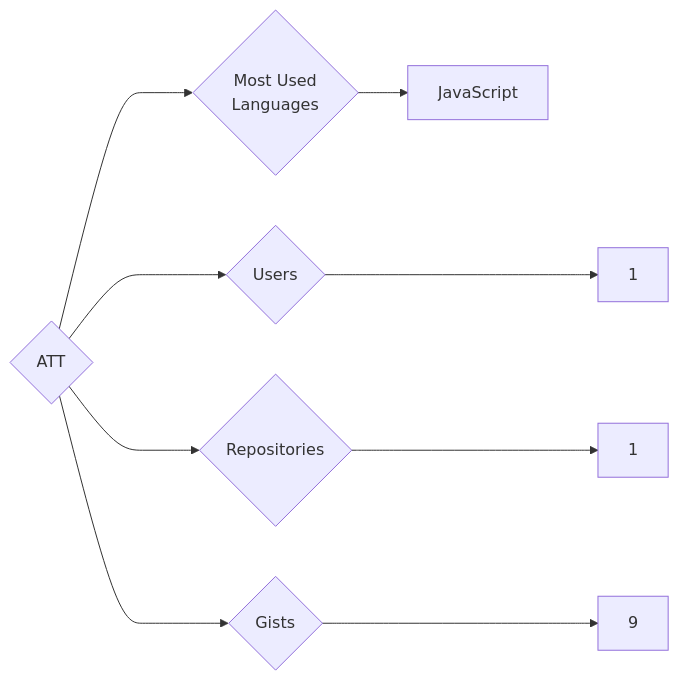
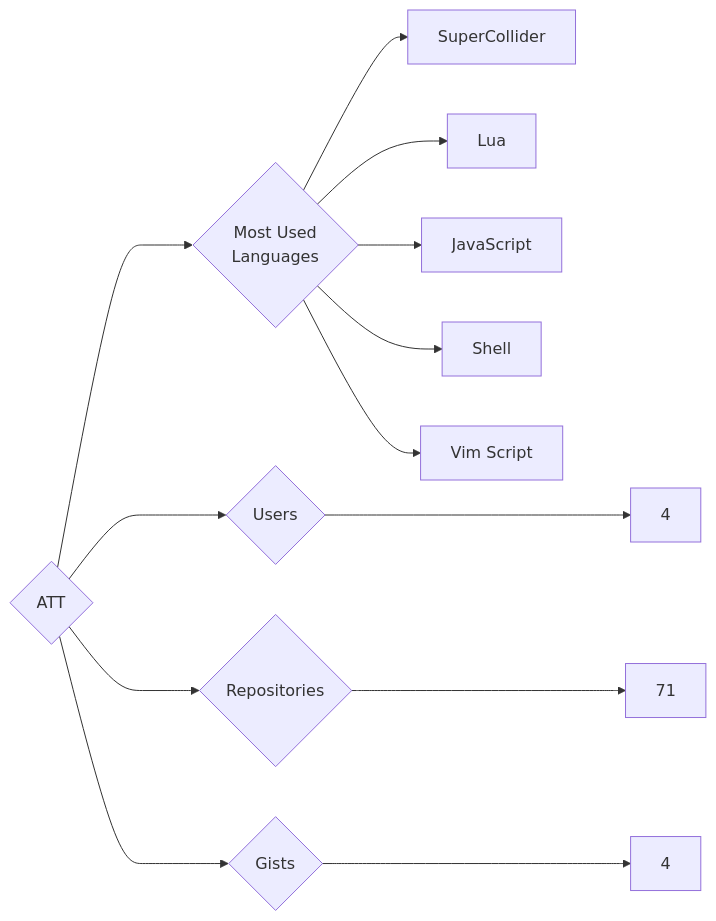
Before and after one commit to trickest/insiders: the diagram in targets/ATT/README.md, drawn with Mermaid. The commit also changed 859 other files, not shown here.

````diff
--- a/targets/ATT/README.md
+++ b/targets/ATT/README.md
@@ -3,9 +3,13 @@
 ```mermaid
 graph LR
 COMPANY_NAME{ATT}
-COMPANY_NAME ---> U{Users} ---> UN[1]
-COMPANY_NAME ---> R{Repositories} ---> RN[1]
-COMPANY_NAME ---> G{Gists} ---> GN[9]
+COMPANY_NAME ---> U{Users} ---> UN[4]
+COMPANY_NAME ---> R{Repositories} ---> RN[71]
+COMPANY_NAME ---> G{Gists} ---> GN[4]
 COMPANY_NAME ---> ML{Most Used<br>Languages}
+ML --> SuperCollider[SuperCollider]
+ML --> Lua[Lua]
 ML --> JavaScript[JavaScript]
+ML --> Shell[Shell]
+ML --> Vim_Script[Vim Script]
 ```
````
